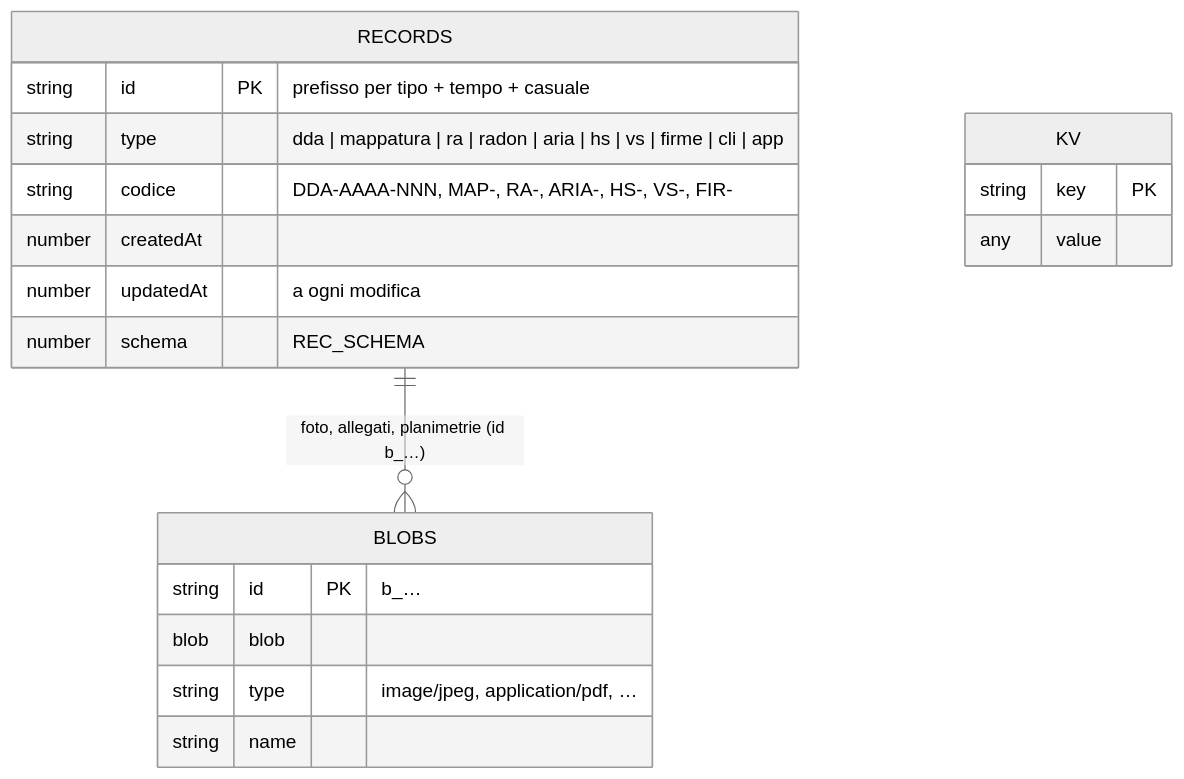
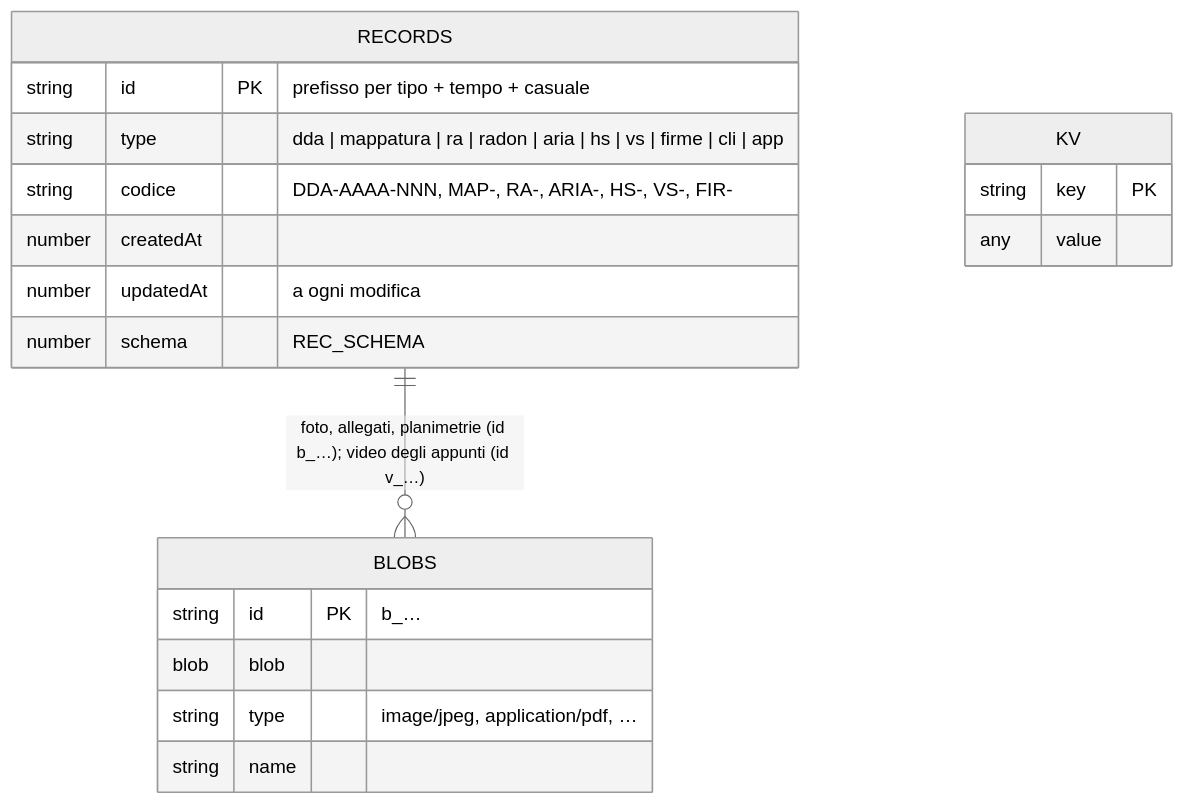
The first of 2 diagrams in docs/DATA_MODEL.md (Waro/AppAmbiente), drawn with Mermaid (neutral theme) before and after one commit. The commit also changed other lines of this file and 28 other files, not shown here.

First line of the commit message:
v57: documenti da consultare nella scheda File, fotocamera predefinita, video negli appunti

````diff
--- a/docs/DATA_MODEL.md
+++ b/docs/DATA_MODEL.md
@@ -22,22 +23,22 @@
 ```mermaid
 erDiagram
-  RECORDS ||--o{ BLOBS : "foto, allegati, planimetrie (id b_…)"
+  RECORDS ||--o{ BLOBS : "foto, allegati, planimetrie (id b_…); video degli appunti (id v_…)"
   RECORDS {
     string id PK "prefisso per tipo + tempo + casuale"
     string type "dda | mappatura | ra | radon | aria | hs | vs | firme | cli | app"
     string codice "DDA-AAAA-NNN, MAP-, RA-, ARIA-, HS-, VS-, FIR-"
     number createdAt
     number updatedAt "a ogni modifica"
     number schema "REC_SCHEMA"
   }
   BLOBS {
     string id PK "b_…"
     blob blob
     string type "image/jpeg, application/pdf, …"
     string name
   }
   KV {
     string key PK
     any value
   }
 ```
````
